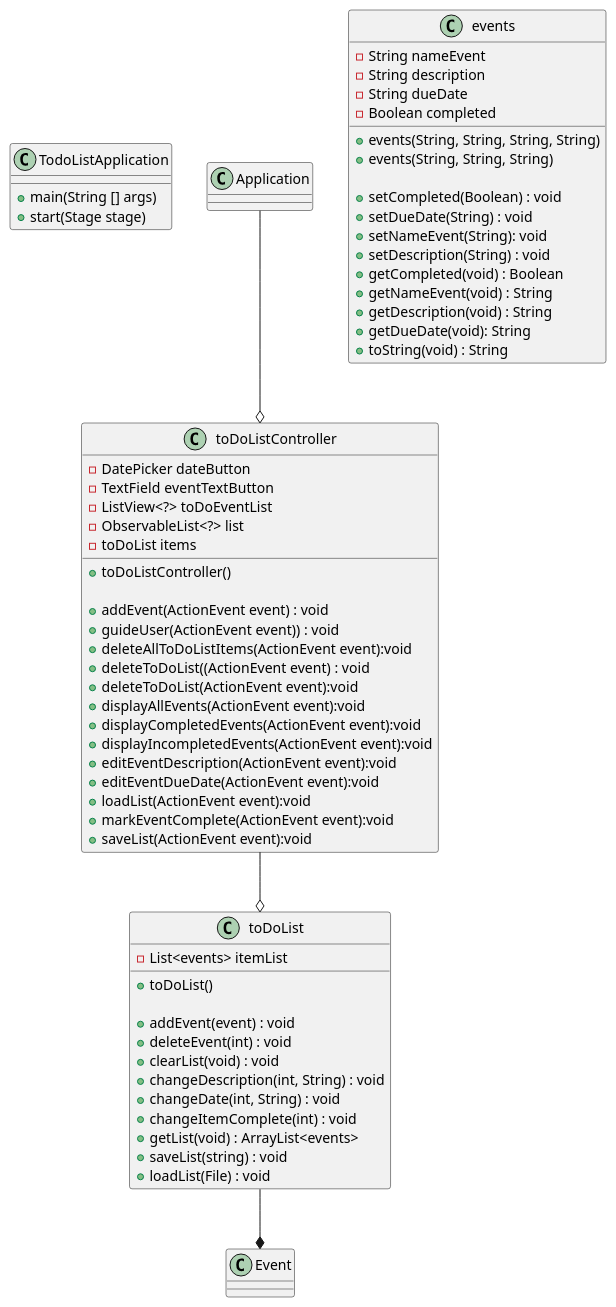
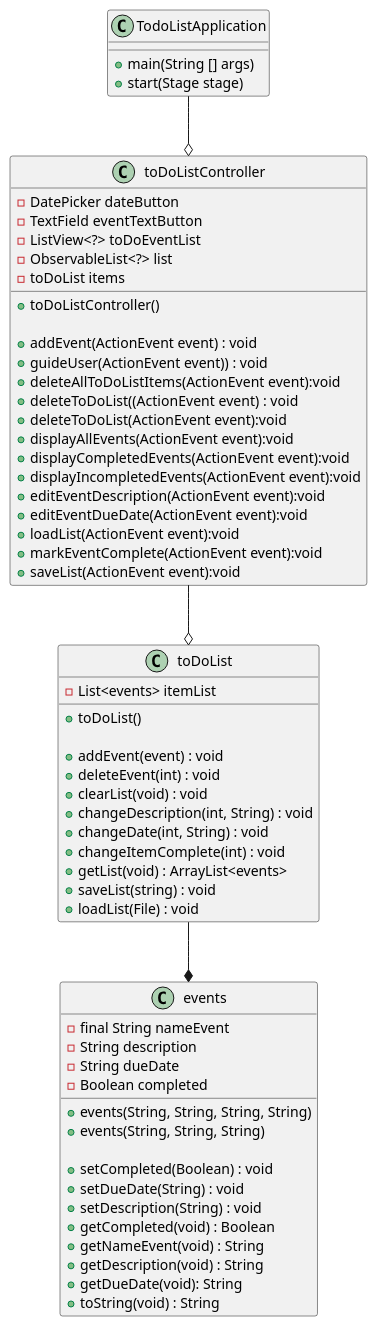
The diagram in hernandez-app1-impl-/docs/TodoListApplication.puml (Cesar-Hernandez-1/hernandez-app1-impl), drawn with PlantUML before and after one commit. The commit also changed 6 other files, not shown here.

```diff
--- a/hernandez-app1-impl-/docs/TodoListApplication.puml
+++ b/hernandez-app1-impl-/docs/TodoListApplication.puml
@@ -1,81 +1,80 @@
 @startuml
 
 class TodoListApplication{
     'methods
     + main(String [] args)
     + start(Stage stage)
 }
 
 class toDoListController{
     'attributes
     - DatePicker dateButton
     - TextField eventTextButton
     - ListView<?> toDoEventList
     - ObservableList<?> list
     - toDoList items
 
     'methods
     + toDoListController()
 
     +addEvent(ActionEvent event) : void
     +guideUser(ActionEvent event)) : void
     +deleteAllToDoListItems(ActionEvent event):void
     +deleteToDoList((ActionEvent event) : void
     +deleteToDoList(ActionEvent event):void
     +displayAllEvents(ActionEvent event):void
     +displayCompletedEvents(ActionEvent event):void
     +displayIncompletedEvents(ActionEvent event):void
     +editEventDescription(ActionEvent event):void
     +editEventDueDate(ActionEvent event):void
     +loadList(ActionEvent event):void
     +markEventComplete(ActionEvent event):void
     +saveList(ActionEvent event):void
 }
 
-Application --o toDoListController
+TodoListApplication --o toDoListController
 
 class toDoList{
     'attributes
     -List<events> itemList
 
     'methods
     +toDoList()
 
     +addEvent(event) : void
     +deleteEvent(int) : void
     +clearList(void) : void
     +changeDescription(int, String) : void
     +changeDate(int, String) : void
     +changeItemComplete(int) : void
     +getList(void) : ArrayList<events>
     +saveList(string) : void
     +loadList(File) : void
 }
 
 class events{
     'attributes
-    - String nameEvent
+    - final String nameEvent
     - String description
     - String dueDate
     - Boolean completed
 
     'methods
     + events(String, String, String, String)
     + events(String, String, String)
 
     +setCompleted(Boolean) : void
     +setDueDate(String) : void
-    +setNameEvent(String): void
     +setDescription(String) : void
     +getCompleted(void) : Boolean
     +getNameEvent(void) : String
     +getDescription(void) : String
     +getDueDate(void): String
     +toString(void) : String
 }
 
-toDoList --* Event
+toDoList --* events
 
 toDoListController --o toDoList
 
 @enduml
```
